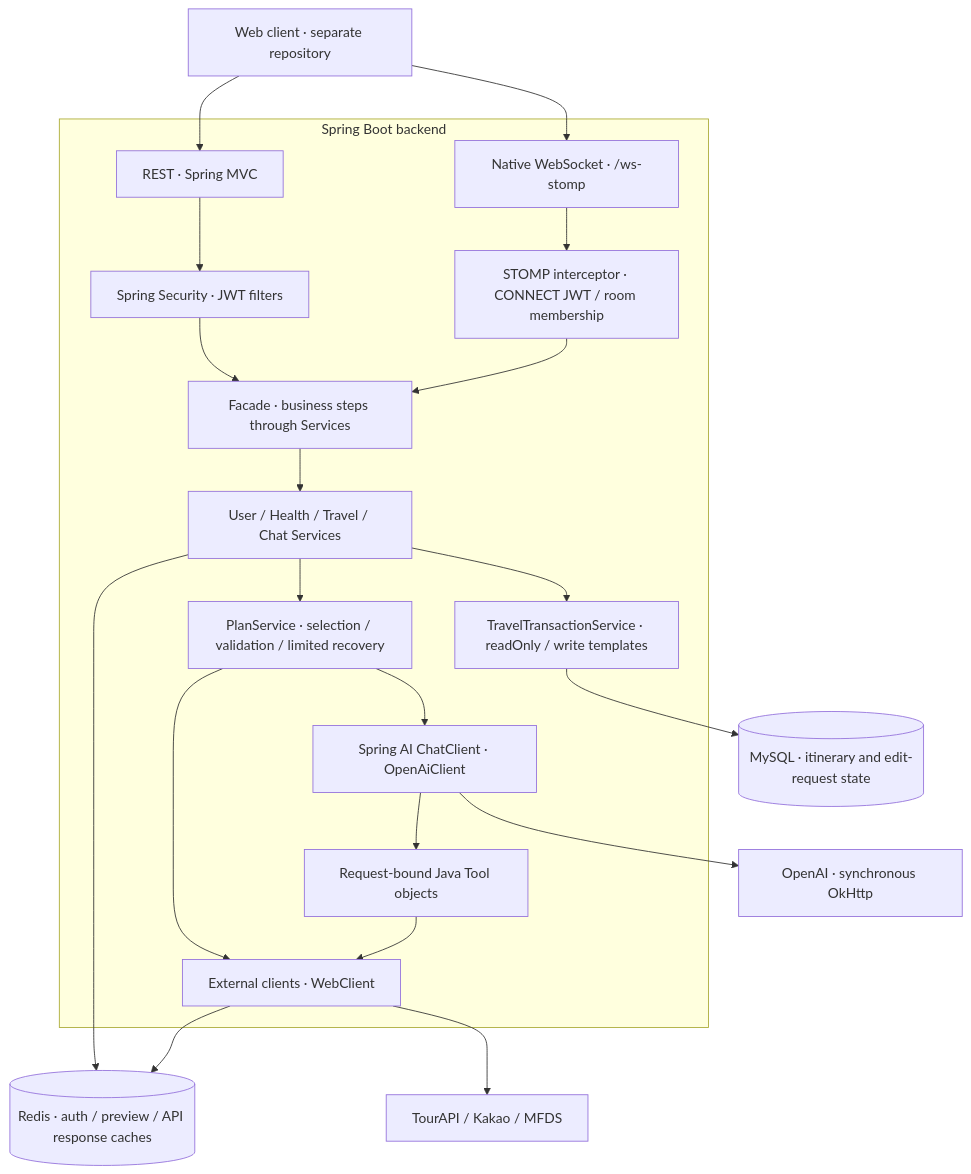
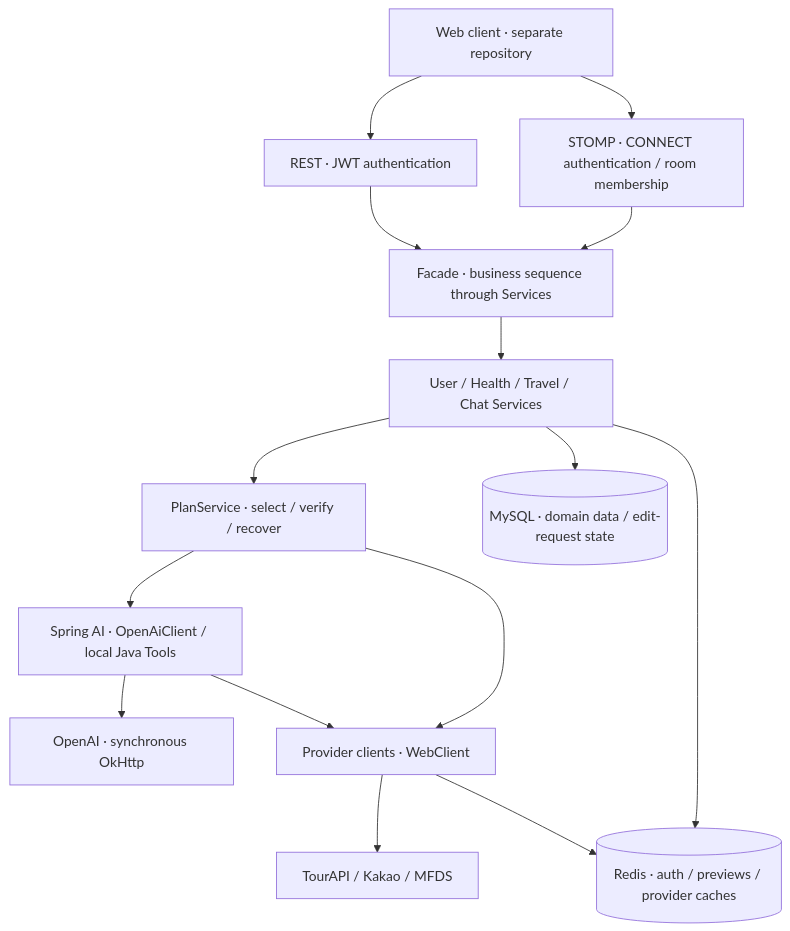
One commit to team-planb-dev/BE changed the first of 4 diagrams in README.md. Above: the diagram before and after it, drawn with Mermaid. The commit also changed other lines of this file, not shown here.

Commit message:
docs : simplify README and architecture diagrams

````diff
--- a/README.md
+++ b/README.md
@@ -34,34 +37,25 @@
 ```mermaid
 flowchart TB
     Client["Web client · separate repository"]
-    subgraph App["Spring Boot backend"]
-        REST["REST · Spring MVC"]
-        JWT["Spring Security · JWT filters"]
-        WS["Native WebSocket · /ws-stomp"]
-        STOMP["STOMP interceptor · CONNECT JWT / room membership"]
-        FAC["Facade · business steps through Services"]
-        SERVICES["User / Health / Travel / Chat Services"]
-        PLAN["PlanService · selection / validation / limited recovery"]
-        AI["Spring AI ChatClient · OpenAiClient"]
-        TOOLS["Request-bound Java Tool objects"]
-        HTTP["External clients · WebClient"]
-        TX["TravelTransactionService · readOnly / write templates"]
-    end
-    SQL[("MySQL · itinerary and edit-request state")]
-    CACHE[("Redis · auth / preview / API response caches")]
+    REST["REST · JWT authentication"]
+    WS["STOMP · CONNECT authentication / room membership"]
+    Facade["Facade · business sequence through Services"]
+    Services["User / Health / Travel / Chat Services"]
+    Plan["PlanService · select / verify / recover"]
+    AI["Spring AI · OpenAiClient / local Java Tools"]
+    HTTP["Provider clients · WebClient"]
     LLM["OpenAI · synchronous OkHttp"]
-    PUBLIC["TourAPI / Kakao / MFDS"]
-    Client --> REST --> JWT --> FAC
-    Client --> WS --> STOMP --> FAC
-    FAC --> SERVICES
-    SERVICES --> PLAN
-    PLAN --> AI
+    Providers["TourAPI / Kakao / MFDS"]
+    SQL[("MySQL · domain data / edit-request state")]
+    Redis[("Redis · auth / previews / provider caches")]
+    Client --> REST --> Facade
+    Client --> WS --> Facade
+    Facade --> Services
+    Services --> Plan --> AI
     AI --> LLM
-    AI --> TOOLS
-    PLAN --> HTTP
-    TOOLS --> HTTP
-    HTTP --> PUBLIC
-    SERVICES --> TX --> SQL
-    SERVICES --> CACHE
-    HTTP --> CACHE
+    AI --> HTTP
+    Plan --> HTTP --> Providers
+    Services --> SQL
+    Services --> Redis
+    HTTP --> Redis
 ```
````
